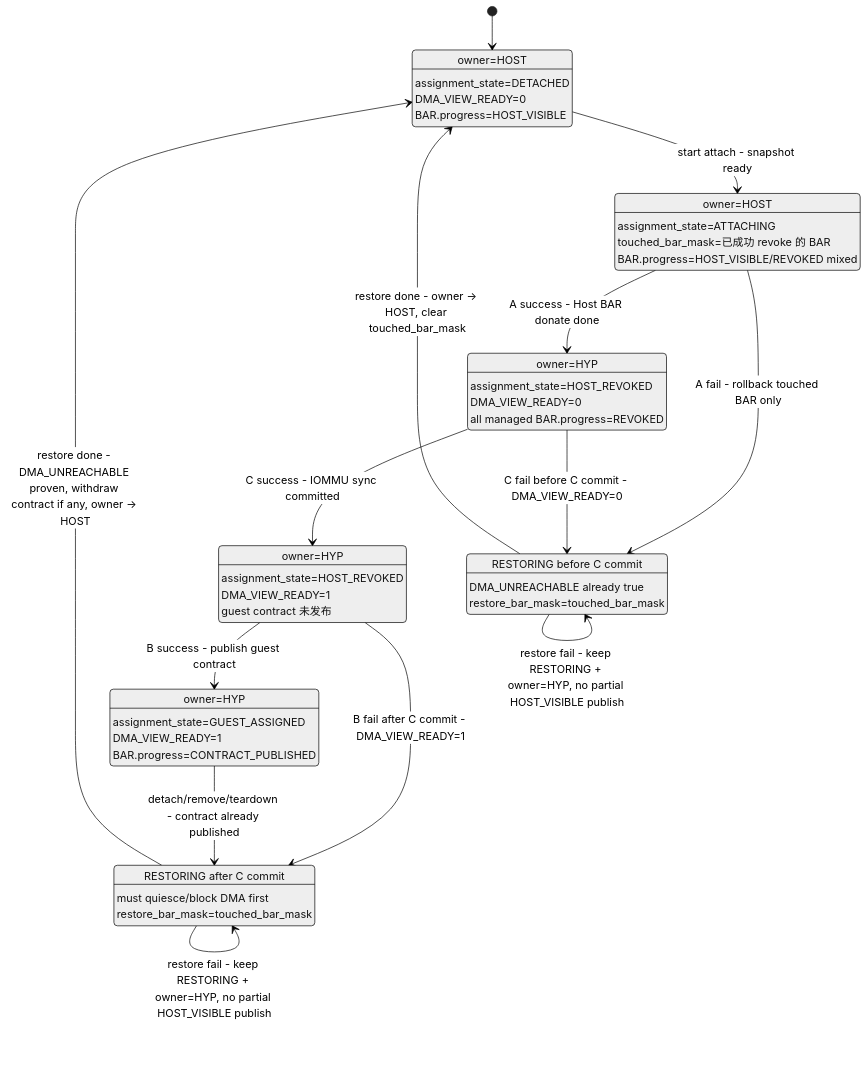
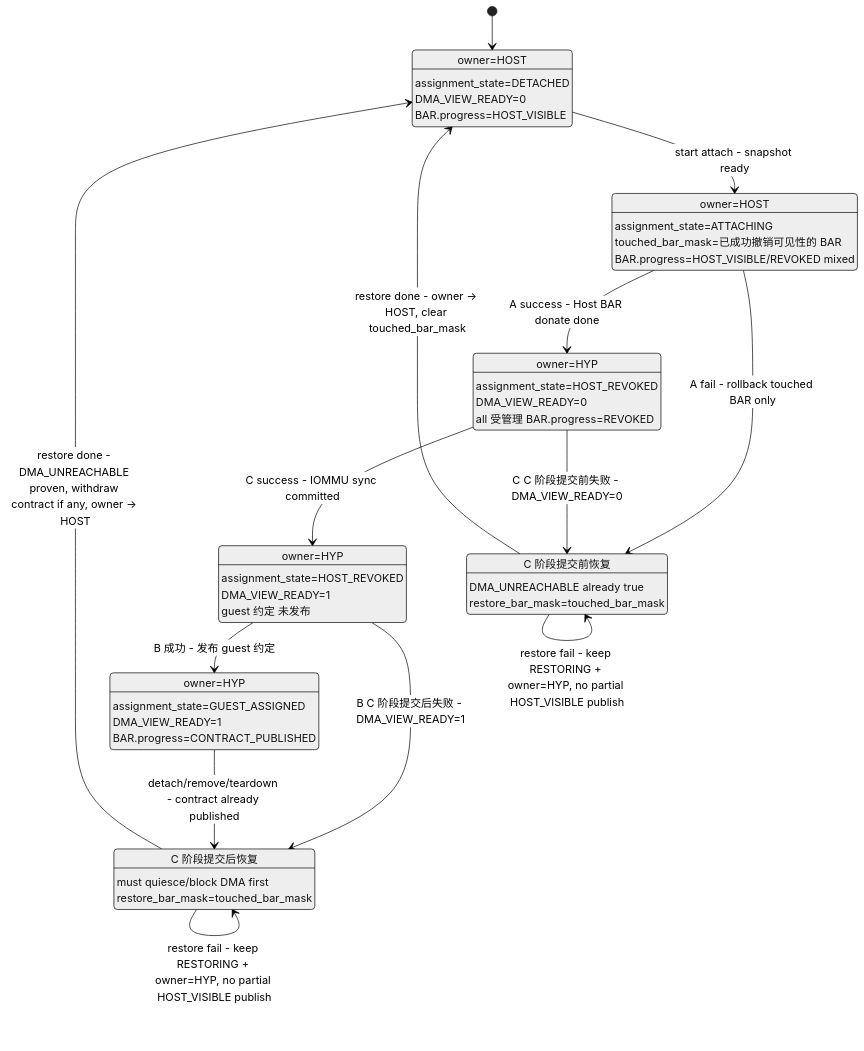
One commit to MrGeek-zrh/pkvm-x86 changed the second of 2 diagrams in DOCS/需求/分析当前pKVM-IA对设备透传的支持情况/实施跟踪/01E-T12-B5-3-protected-pVM-device-MMIO-donate-机制总设计.md. Above: the diagram before and after it, drawn with Mermaid (neutral theme). The commit also changed other lines of this file and 3 other files, not shown here.

````diff
--- a/DOCS/需求/分析当前pKVM-IA对设备透传的支持情况/实施跟踪/01E-T12-B5-3-protected-pVM-device-MMIO-donate-机制总设计.md
+++ b/DOCS/需求/分析当前pKVM-IA对设备透传的支持情况/实施跟踪/01E-T12-B5-3-protected-pVM-device-MMIO-donate-机制总设计.md
@@ -136,53 +138,53 @@
 ```mermaid
 stateDiagram-v2
     [*] --> DETACHED
 
     DETACHED: owner=HOST
     DETACHED: assignment_state=DETACHED
     DETACHED: DMA_VIEW_READY=0
     DETACHED: BAR.progress=HOST_VISIBLE
 
     ATTACHING: owner=HOST
     ATTACHING: assignment_state=ATTACHING
-    ATTACHING: touched_bar_mask=已成功 revoke 的 BAR
+    ATTACHING: touched_bar_mask=已成功撤销可见性的 BAR
     ATTACHING: BAR.progress=HOST_VISIBLE/REVOKED mixed
 
     HOST_REVOKED: owner=HYP
     HOST_REVOKED: assignment_state=HOST_REVOKED
     HOST_REVOKED: DMA_VIEW_READY=0
-    HOST_REVOKED: all managed BAR.progress=REVOKED
+    HOST_REVOKED: all 受管理 BAR.progress=REVOKED
 
     DMA_READY: owner=HYP
     DMA_READY: assignment_state=HOST_REVOKED
     DMA_READY: DMA_VIEW_READY=1
-    DMA_READY: guest contract 未发布
+    DMA_READY: guest 约定 未发布
 
     GUEST_ASSIGNED: owner=HYP
     GUEST_ASSIGNED: assignment_state=GUEST_ASSIGNED
     GUEST_ASSIGNED: DMA_VIEW_READY=1
     GUEST_ASSIGNED: BAR.progress=CONTRACT_PUBLISHED
 
-    RESTORING_PRE_DMA: RESTORING before C commit
+    RESTORING_PRE_DMA: C 阶段提交前恢复
     RESTORING_PRE_DMA: DMA_UNREACHABLE already true
     RESTORING_PRE_DMA: restore_bar_mask=touched_bar_mask
 
-    RESTORING_POST_DMA: RESTORING after C commit
+    RESTORING_POST_DMA: C 阶段提交后恢复
     RESTORING_POST_DMA: must quiesce/block DMA first
     RESTORING_POST_DMA: restore_bar_mask=touched_bar_mask
 
     DETACHED --> ATTACHING: start attach - snapshot ready
     ATTACHING --> HOST_REVOKED: A success - Host BAR donate done
     HOST_REVOKED --> DMA_READY: C success - IOMMU sync committed
-    DMA_READY --> GUEST_ASSIGNED: B success - publish guest contract
+    DMA_READY --> GUEST_ASSIGNED: B 成功 - 发布 guest 约定
 
     ATTACHING --> RESTORING_PRE_DMA: A fail - rollback touched BAR only
-    HOST_REVOKED --> RESTORING_PRE_DMA: C fail before C commit - DMA_VIEW_READY=0
-    DMA_READY --> RESTORING_POST_DMA: B fail after C commit - DMA_VIEW_READY=1
+    HOST_REVOKED --> RESTORING_PRE_DMA: C C 阶段提交前失败 - DMA_VIEW_READY=0
+    DMA_READY --> RESTORING_POST_DMA: B C 阶段提交后失败 - DMA_VIEW_READY=1
     GUEST_ASSIGNED --> RESTORING_POST_DMA: detach/remove/teardown - contract already published
 
     RESTORING_PRE_DMA --> DETACHED: restore done - owner -> HOST, clear touched_bar_mask
     RESTORING_POST_DMA --> DETACHED: restore done - DMA_UNREACHABLE proven, withdraw contract if any, owner -> HOST
 
     RESTORING_PRE_DMA --> RESTORING_PRE_DMA: restore fail - keep RESTORING + owner=HYP, no partial HOST_VISIBLE publish
     RESTORING_POST_DMA --> RESTORING_POST_DMA: restore fail - keep RESTORING + owner=HYP, no partial HOST_VISIBLE publish
 ```
````
